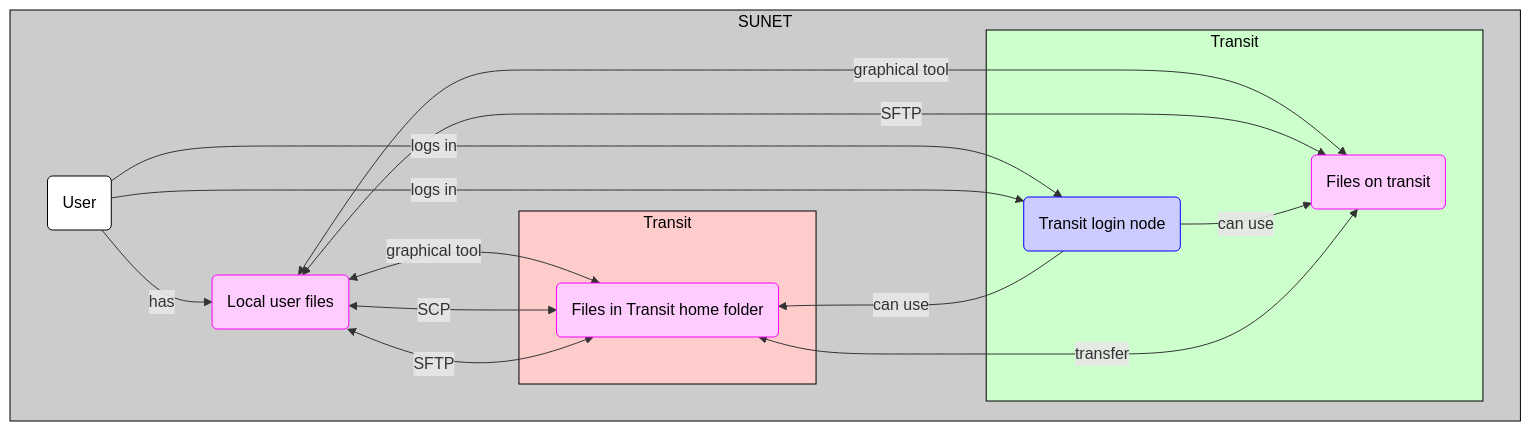
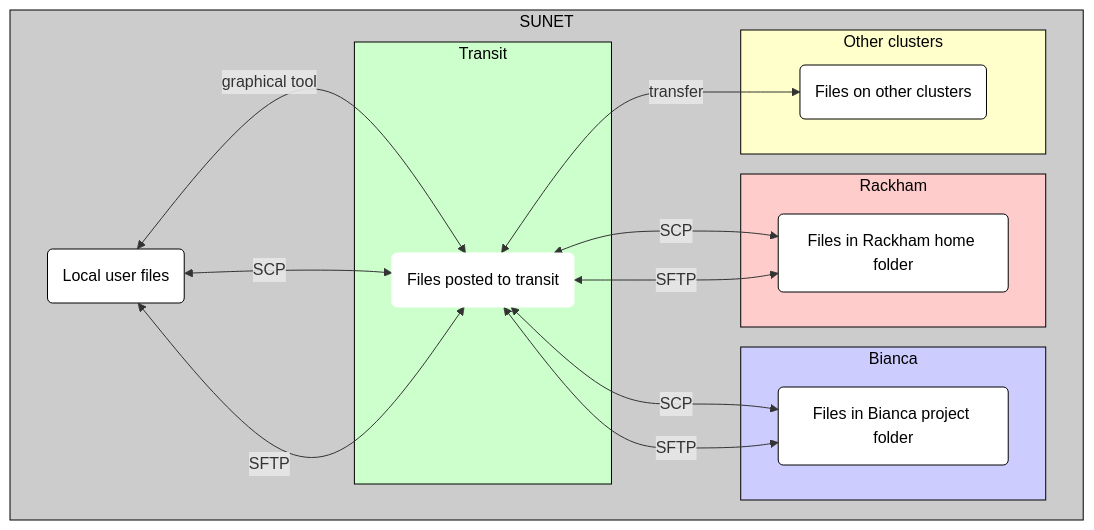
One commit to UPPMAX/UPPMAX-documentation changed the diagram in docs/cluster_guides/transfer_transit.md. Above: the diagram before and after it, drawn with Mermaid. The commit also changed other lines of this file, not shown here.

````diff
--- a/docs/cluster_guides/transfer_transit.md
+++ b/docs/cluster_guides/transfer_transit.md
@@ -57,48 +57,51 @@
 ```mermaid
 flowchart TD
 
     %% Give a white background to all nodes, instead of a transparent one
     classDef node fill:#fff,color:#000,stroke:#000
 
     %% Graph nodes for files and calculations
-    classDef file_node fill:#fcf,color:#000,stroke:#f0f
+    classDef file_node fill:#fff,color:#000,stroke:#000
     classDef calculation_node fill:#ccf,color:#000,stroke:#00f
+    classDef transit_node fill:#fff,color:#000,stroke:#fff
 
     subgraph sub_inside[SUNET]
-      direction LR
-      user(User)
       user_local_files(Local user files):::file_node
 
       subgraph sub_transit_env[Transit]
-        transit_login(Transit login):::calculation_node
-        files_on_transit(Files on transit):::file_node
+        files_on_transit(Files posted to transit):::transit_node
       end
-      subgraph sub_transit_shared_env[Transit]
-          transit_login(Transit login node):::calculation_node
-          files_in_transit_home(Files in Transit home folder):::file_node
+      subgraph sub_rackham_shared_env[Rackham]
+        files_in_rackham_home(Files in Rackham home folder):::file_node
+      end
+      subgraph sub_bianca_private_env[Bianca]
+        files_in_bianca_project(Files in Bianca project folder):::file_node
+      end
+      subgraph sub_other_clusters[Other clusters]
+        files_on_other_clusters(Files on other clusters):::file_node
       end
     end
 
     %% Shared subgraph color scheme
     %% style sub_outside fill:#ccc,color:#000,stroke:#ccc
     style sub_inside fill:#ccc,color:#000,stroke:#000
     style sub_transit_env fill:#cfc,color:#000,stroke:#000
-    style sub_transit_shared_env fill:#fcc,color:#000,stroke:#000
+    style sub_rackham_shared_env fill:#fcc,color:#000,stroke:#000
+    style sub_bianca_private_env fill:#ccf,color:#000,stroke:#000
+    style sub_other_clusters fill:#ffc,color:#000,stroke:#000
+    
 
-    user --> |has|user_local_files
-    user --> |logs in |transit_login
-    user --> |logs in |transit_login
+    
+    user_local_files <--> |graphical tool|files_on_transit
+    user_local_files <--> |SCP|files_on_transit
+    user_local_files <--> |SFTP|files_on_transit
 
-    user_local_files <--> |graphical tool|files_in_transit_home
-    user_local_files <--> |SCP|files_in_transit_home
-    user_local_files <--> |SFTP|files_in_transit_home
-    user_local_files <--> |graphical tool|files_on_transit
-    user_local_files <--> |SFTP|files_on_transit
-    
-    transit_login --> |can use|files_in_transit_home
+    files_on_transit <--> |SCP|files_in_rackham_home
+    files_on_transit <--> |SFTP|files_in_rackham_home
 
-    transit_login --> |can use|files_on_transit
-    files_on_transit <--> |transfer|files_in_transit_home
+    files_on_transit <--> |SCP|files_in_bianca_project
+    files_on_transit <--> |SFTP|files_in_bianca_project
 
-    files_in_transit_home ~~~ transit_login
+    files_on_transit <--> |transfer|files_on_other_clusters
+
 ```
````
